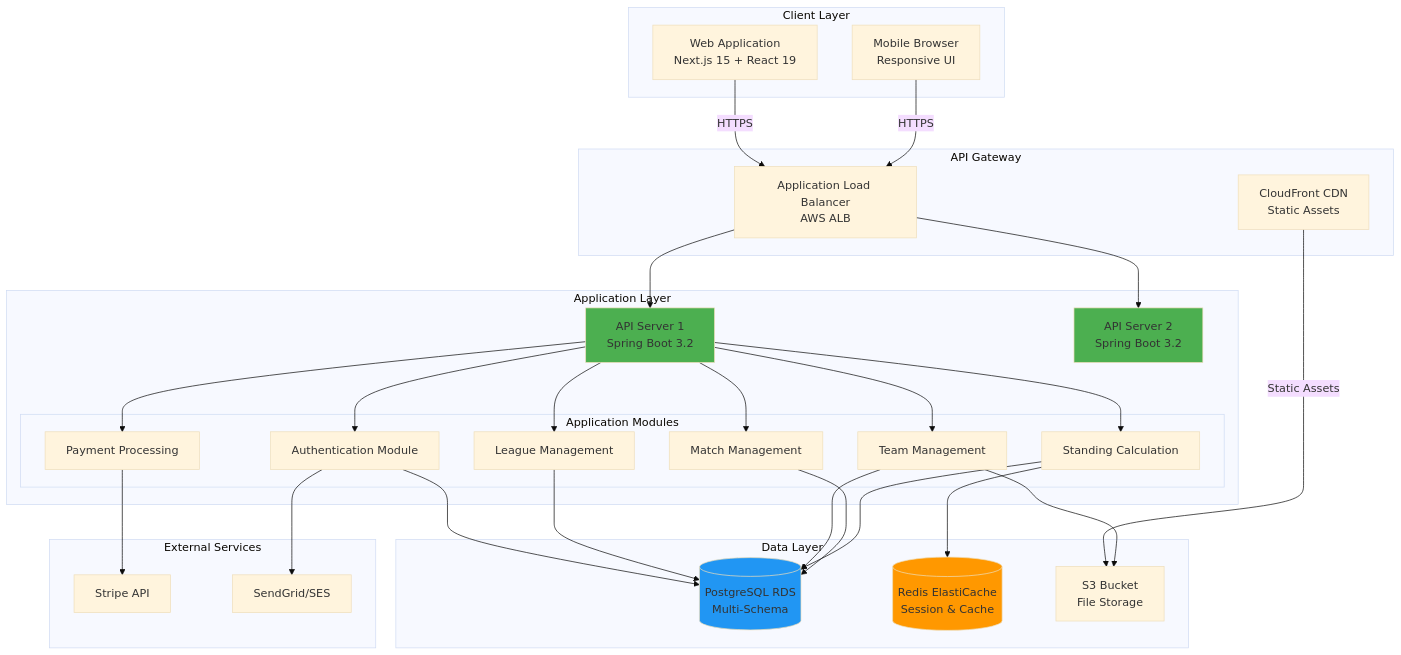
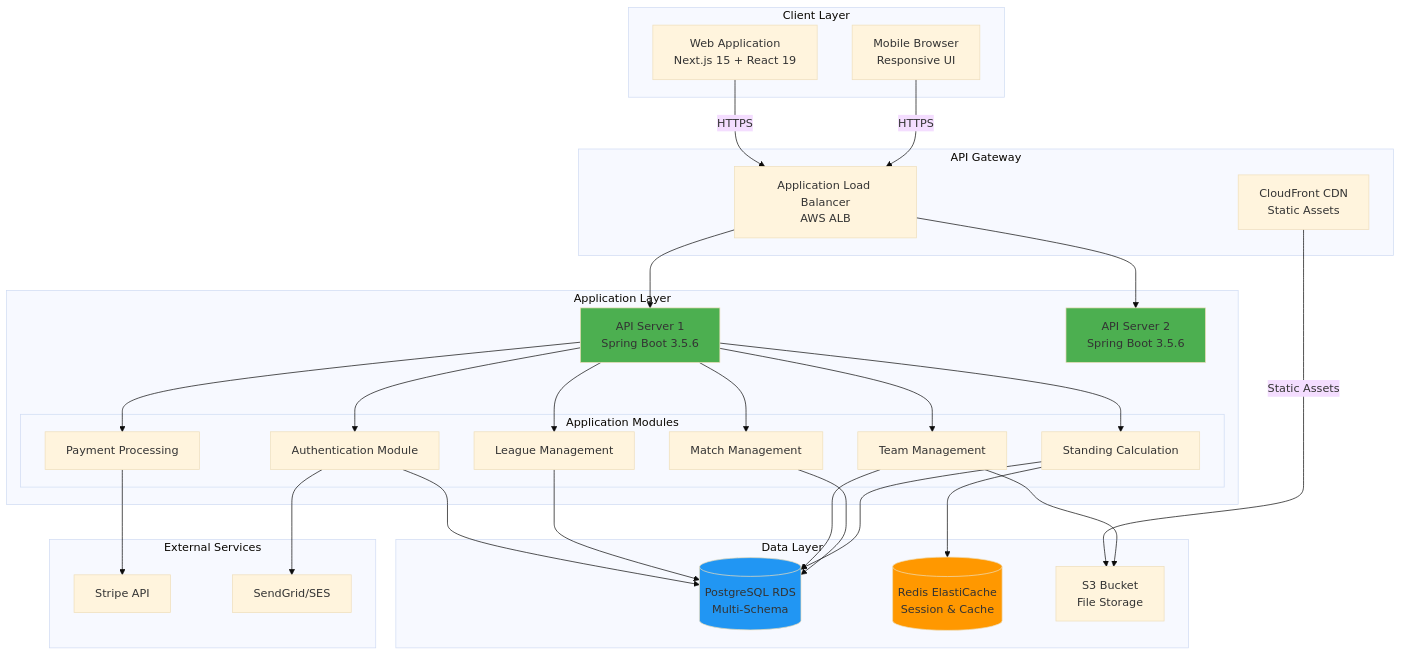
Before and after one commit to pepaooo/soccer-league-saas: the second of 17 diagrams in docs/ARCHITECTURE.md, drawn with Mermaid (base theme). The commit also changed other lines of this file and 7 other files, not shown here.

````diff
--- a/docs/ARCHITECTURE.md
+++ b/docs/ARCHITECTURE.md
@@ -60,67 +60,67 @@
 ```mermaid
 graph TB
     subgraph "Client Layer"
         WebApp[Web Application<br/>Next.js 15 + React 19]
         MobileWeb[Mobile Browser<br/>Responsive UI]
     end
     
     subgraph "API Gateway"
         ALB[Application Load Balancer<br/>AWS ALB]
         CDN[CloudFront CDN<br/>Static Assets]
     end
     
     subgraph "Application Layer"
-        API1[API Server 1<br/>Spring Boot 3.2]
-        API2[API Server 2<br/>Spring Boot 3.2]
+        API1[API Server 1<br/>Spring Boot 3.5.6]
+        API2[API Server 2<br/>Spring Boot 3.5.6]
         
         subgraph "Application Modules"
             Auth[Authentication Module]
             League[League Management]
             Team[Team Management]
             Match[Match Management]
             Standing[Standing Calculation]
             Payment[Payment Processing]
         end
     end
     
     subgraph "Data Layer"
         RDS[(PostgreSQL RDS<br/>Multi-Schema)]
         Redis[(Redis ElastiCache<br/>Session & Cache)]
         S3[S3 Bucket<br/>File Storage]
     end
     
     subgraph "External Services"
         Stripe[Stripe API]
         Email[SendGrid/SES]
     end
     
     WebApp -->|HTTPS| ALB
     MobileWeb -->|HTTPS| ALB
     CDN -->|Static Assets| S3
     
     ALB --> API1
     ALB --> API2
     
     API1 --> Auth
     API1 --> League
     API1 --> Team
     API1 --> Match
     API1 --> Standing
     API1 --> Payment
     
     Auth --> RDS
     League --> RDS
     Team --> RDS
     Match --> RDS
     Standing --> Redis
     Standing --> RDS
     
     Team --> S3
     Payment --> Stripe
     Auth --> Email
     
     style API1 fill:#4CAF50
     style API2 fill:#4CAF50
     style RDS fill:#2196F3
     style Redis fill:#FF9800
 ```
````
